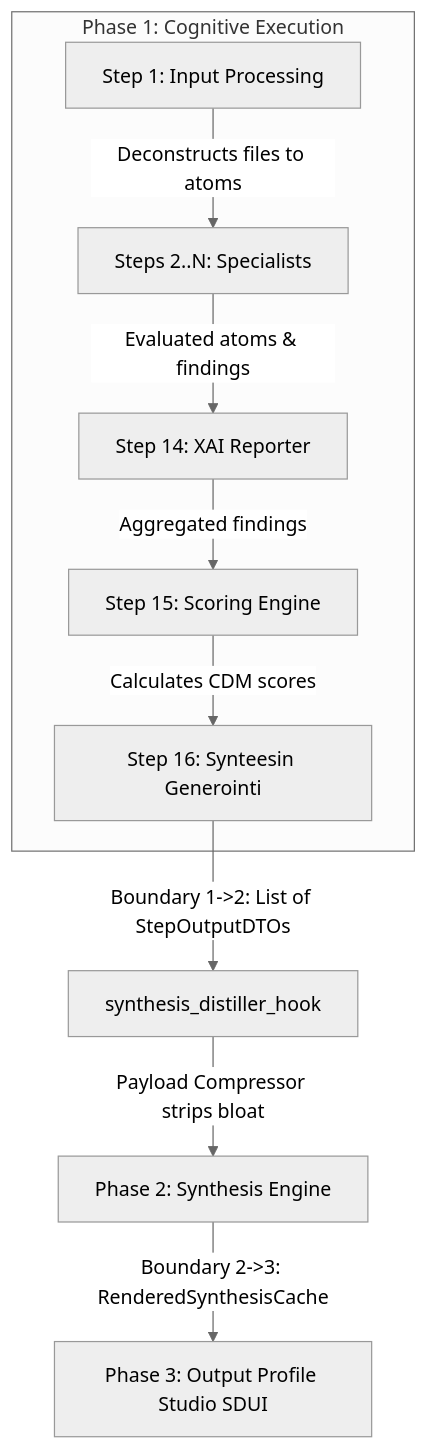
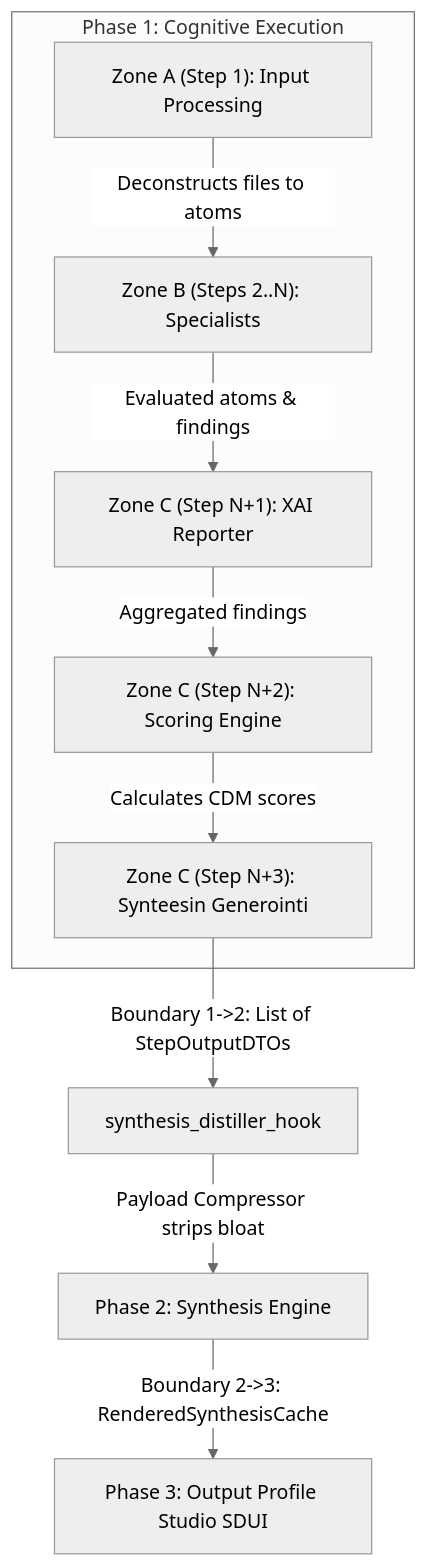
Before and after one commit to launis/quorum: the diagram in docs/epic/EPIC_145_Workflow_Context_Governance_and_Studio_UX.md, drawn with Mermaid (neutral theme). The commit also changed other lines of this file and 1 other file, not shown here.

Commit message:
feat: define EPIC 145 workflow governance architecture and add markdown boundary audit script

````diff
--- a/docs/epic/EPIC_145_Workflow_Context_Governance_and_Studio_UX.md
+++ b/docs/epic/EPIC_145_Workflow_Context_Governance_and_Studio_UX.md
@@ -62,12 +62,12 @@
 ```mermaid
 graph TD
     subgraph ZONE_A_B [Phase 1: Cognitive Execution]
-        A[Step 1: Input Processing] -->|Deconstructs files to atoms| B[Steps 2..N: Specialists]
-        B -->|Evaluated atoms & findings| C[Step 14: XAI Reporter]
-        C -->|Aggregated findings| D[Step 15: Scoring Engine]
-        D -->|Calculates CDM scores| E[Step 16: Synteesin Generointi]
+        A["Zone A (Step 1): Input Processing"] -->|Deconstructs files to atoms| B["Zone B (Steps 2..N): Specialists"]
+        B -->|Evaluated atoms & findings| C["Zone C (Step N+1): XAI Reporter"]
+        C -->|Aggregated findings| D["Zone C (Step N+2): Scoring Engine"]
+        D -->|Calculates CDM scores| E["Zone C (Step N+3): Synteesin Generointi"]
     end
     E -->|Boundary 1->2: List of StepOutputDTOs| F[synthesis_distiller_hook]
     F -->|Payload Compressor strips bloat| G[Phase 2: Synthesis Engine]
     G -->|Boundary 2->3: RenderedSynthesisCache| H[Phase 3: Output Profile Studio SDUI]
 ```
````
